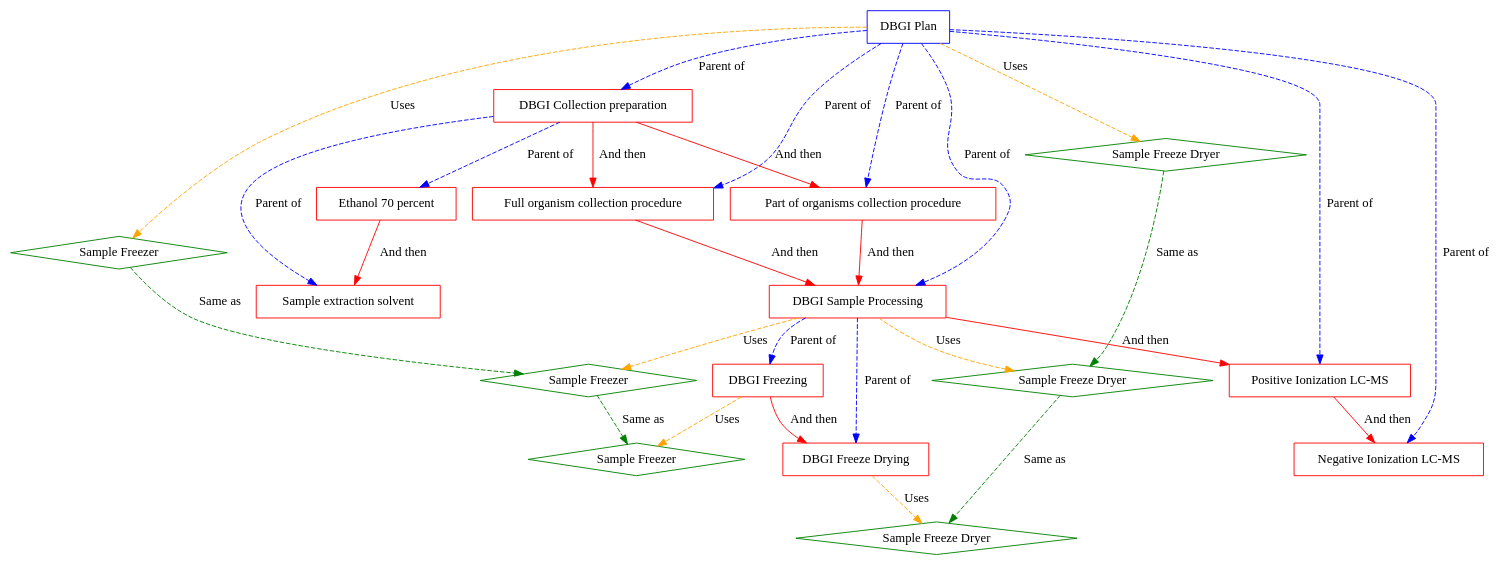
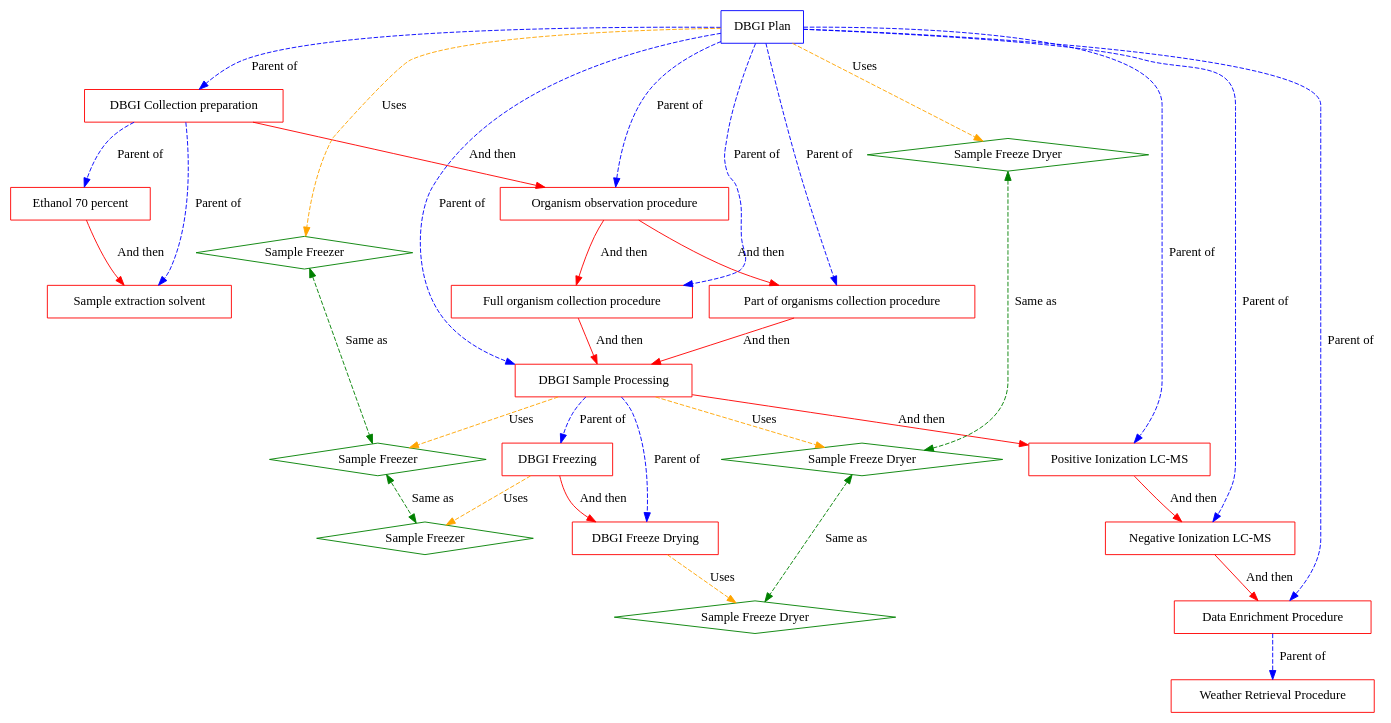
Before and after one commit to earth-metabolome-initiative/emi-monorepo: the diagram in data_migrations/init_migration/test_init_migration.dot, drawn with Graphviz. The commit also changed 380 other files, not shown here.

```diff
--- a/data_migrations/init_migration/test_init_migration.dot
+++ b/data_migrations/init_migration/test_init_migration.dot
@@ -1,47 +1,55 @@
 digraph G {
-    P3 [label="DBGI Collection preparation", shape=box, color=red];
-    P4 [label="Ethanol 70 percent", shape=box, color=red];
-    P5 [label="Sample extraction solvent", shape=box, color=red];
-    P6 [label="DBGI Sample Processing", shape=box, color=red];
-    P7 [label="DBGI Freezing", shape=box, color=red];
-    P8 [label="DBGI Freeze Drying", shape=box, color=red];
-    P9 [label="Positive Ionization LC-MS", shape=box, color=red];
-    P10 [label="Negative Ionization LC-MS", shape=box, color=red];
+    P2 [label="DBGI Collection preparation", shape=box, color=red];
+    P3 [label="Ethanol 70 percent", shape=box, color=red];
+    P4 [label="Sample extraction solvent", shape=box, color=red];
+    P5 [label="DBGI Sample Processing", shape=box, color=red];
+    P6 [label="DBGI Freezing", shape=box, color=red];
+    P7 [label="DBGI Freeze Drying", shape=box, color=red];
+    P8 [label="Positive Ionization LC-MS", shape=box, color=red];
+    P9 [label="Negative Ionization LC-MS", shape=box, color=red];
+    P10 [label="Organism observation procedure", shape=box, color=red];
     P11 [label="Full organism collection procedure", shape=box, color=red];
     P12 [label="Part of organisms collection procedure", shape=box, color=red];
-    P2 [label="DBGI Plan", shape=box, color=blue];
+    P13 [label="Data Enrichment Procedure", shape=box, color=red];
+    P14 [label="Weather Retrieval Procedure", shape=box, color=red];
+    P1 [label="DBGI Plan", shape=box, color=blue];
     T1 [label="Sample Freezer", shape=diamond, color=green];
     T2 [label="Sample Freeze Dryer", shape=diamond, color=green];
     T3 [label="Sample Freezer", shape=diamond, color=green];
     T4 [label="Sample Freeze Dryer", shape=diamond, color=green];
     T5 [label="Sample Freezer", shape=diamond, color=green];
     T6 [label="Sample Freeze Dryer", shape=diamond, color=green];
+    P1 -> P2 [style=dashed, color=blue, label="Parent of"];
+    P1 -> P5 [style=dashed, color=blue, label="Parent of"];
+    P1 -> P8 [style=dashed, color=blue, label="Parent of"];
+    P1 -> P9 [style=dashed, color=blue, label="Parent of"];
+    P1 -> P10 [style=dashed, color=blue, label="Parent of"];
+    P1 -> P11 [style=dashed, color=blue, label="Parent of"];
+    P1 -> P12 [style=dashed, color=blue, label="Parent of"];
+    P1 -> P13 [style=dashed, color=blue, label="Parent of"];
     P2 -> P3 [style=dashed, color=blue, label="Parent of"];
-    P2 -> P6 [style=dashed, color=blue, label="Parent of"];
-    P2 -> P9 [style=dashed, color=blue, label="Parent of"];
-    P2 -> P10 [style=dashed, color=blue, label="Parent of"];
-    P2 -> P11 [style=dashed, color=blue, label="Parent of"];
-    P2 -> P12 [style=dashed, color=blue, label="Parent of"];
-    P3 -> P4 [style=dashed, color=blue, label="Parent of"];
-    P3 -> P5 [style=dashed, color=blue, label="Parent of"];
-    P6 -> P7 [style=dashed, color=blue, label="Parent of"];
-    P6 -> P8 [style=dashed, color=blue, label="Parent of"];
-    P3 -> P11 [color=red, label="And then"];
-    P3 -> P12 [color=red, label="And then"];
-    P6 -> P9 [color=red, label="And then"];
-    P9 -> P10 [color=red, label="And then"];
-    P11 -> P6 [color=red, label="And then"];
-    P12 -> P6 [color=red, label="And then"];
-    P4 -> P5 [color=red, label="And then"];
-    P7 -> P8 [color=red, label="And then"];
-    P7 -> T1 [style=dashed, color=orange, label="Uses"];
-    P8 -> T2 [style=dashed, color=orange, label="Uses"];
-    P6 -> T3 [style=dashed, color=orange, label="Uses"];
-    P6 -> T4 [style=dashed, color=orange, label="Uses"];
-    P2 -> T5 [style=dashed, color=orange, label="Uses"];
-    P2 -> T6 [style=dashed, color=orange, label="Uses"];
-    T3 -> T1 [style=dashed, color=green, label="Same as"];
-    T4 -> T2 [style=dashed, color=green, label="Same as"];
-    T5 -> T3 [style=dashed, color=green, label="Same as"];
-    T6 -> T4 [style=dashed, color=green, label="Same as"];
+    P2 -> P4 [style=dashed, color=blue, label="Parent of"];
+    P5 -> P6 [style=dashed, color=blue, label="Parent of"];
+    P5 -> P7 [style=dashed, color=blue, label="Parent of"];
+    P13 -> P14 [style=dashed, color=blue, label="Parent of"];
+    P2 -> P10 [color=red, label="And then"];
+    P5 -> P8 [color=red, label="And then"];
+    P8 -> P9 [color=red, label="And then"];
+    P9 -> P13 [color=red, label="And then"];
+    P10 -> P11 [color=red, label="And then"];
+    P10 -> P12 [color=red, label="And then"];
+    P11 -> P5 [color=red, label="And then"];
+    P12 -> P5 [color=red, label="And then"];
+    P3 -> P4 [color=red, label="And then"];
+    P6 -> P7 [color=red, label="And then"];
+    P6 -> T1 [style=dashed, color=orange, label="Uses"];
+    P7 -> T2 [style=dashed, color=orange, label="Uses"];
+    P5 -> T3 [style=dashed, color=orange, label="Uses"];
+    P5 -> T4 [style=dashed, color=orange, label="Uses"];
+    P1 -> T5 [style=dashed, color=orange, label="Uses"];
+    P1 -> T6 [style=dashed, color=orange, label="Uses"];
+    T3 -> T1 [dir=both, style=dashed, color=green, label="Same as"];
+    T4 -> T2 [dir=both, style=dashed, color=green, label="Same as"];
+    T5 -> T3 [dir=both, style=dashed, color=green, label="Same as"];
+    T6 -> T4 [dir=both, style=dashed, color=green, label="Same as"];
 }
```
